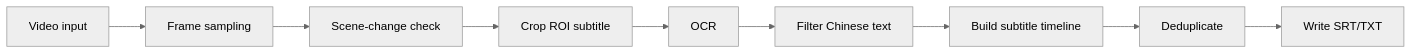
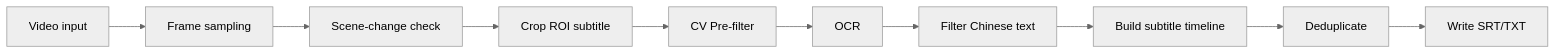
The diagram in docs/video-subtitle-extractor.md (ThanhVoKim/CharenjiZukan), drawn with Mermaid (neutral theme) before and after one commit. The commit also changed other lines of this file and 7 other files, not shown here.

````diff
--- a/docs/video-subtitle-extractor.md
+++ b/docs/video-subtitle-extractor.md
@@ -230,11 +234,12 @@
 ```mermaid
 flowchart LR
     A[Video input] --> B[Frame sampling]
     B --> C[Scene-change check]
     C --> D[Crop ROI subtitle]
-    D --> E[OCR]
-    E --> F[Filter Chinese text]
-    F --> G[Build subtitle timeline]
-    G --> H[Deduplicate]
-    H --> I[Write SRT/TXT]
+    D --> E[CV Pre-filter]
+    E --> F[OCR]
+    F --> G[Filter Chinese text]
+    G --> H[Build subtitle timeline]
+    H --> I[Deduplicate]
+    I --> J[Write SRT/TXT]
 ```
````
